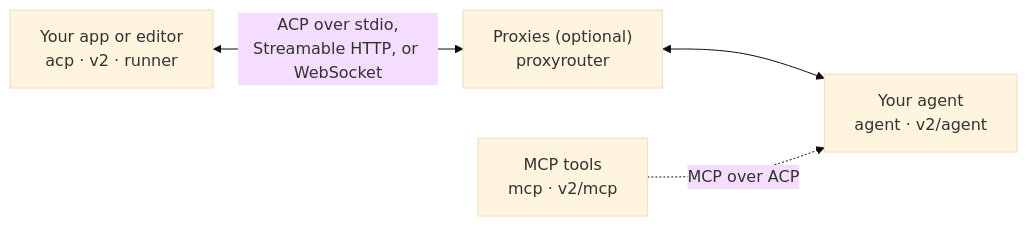
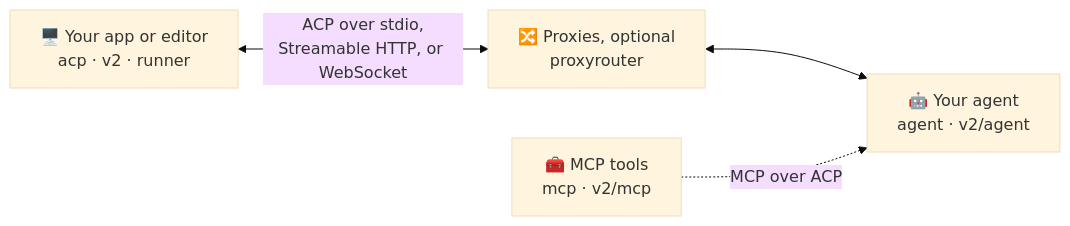
The diagram in README.md (BrokkAi/acp-go), drawn with Mermaid (base theme) before and after one commit. The commit also changed other lines of this file, not shown here.

````diff
--- a/README.md
+++ b/README.md
@@ -43,10 +42,10 @@
 ```mermaid
 flowchart LR
-    client["Your app or editor<br/>acp · v2 · runner"]
-    proxy["Proxies (optional)<br/>proxyrouter"]
-    agent["Your agent<br/>agent · v2/agent"]
-    mcp["MCP tools<br/>mcp · v2/mcp"]
+    client["🖥️ Your app or editor<br/>acp · v2 · runner"]
+    proxy["🔀 Proxies, optional<br/>proxyrouter"]
+    agent["🤖 Your agent<br/>agent · v2/agent"]
+    mcp["🧰 MCP tools<br/>mcp · v2/mcp"]
     client <-->|"ACP over stdio,<br/>Streamable HTTP, or WebSocket"| proxy
     proxy <--> agent
     mcp -.->|MCP over ACP| agent
 ```
````
